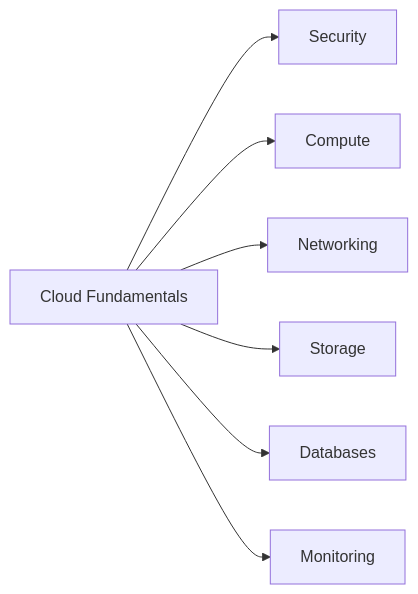
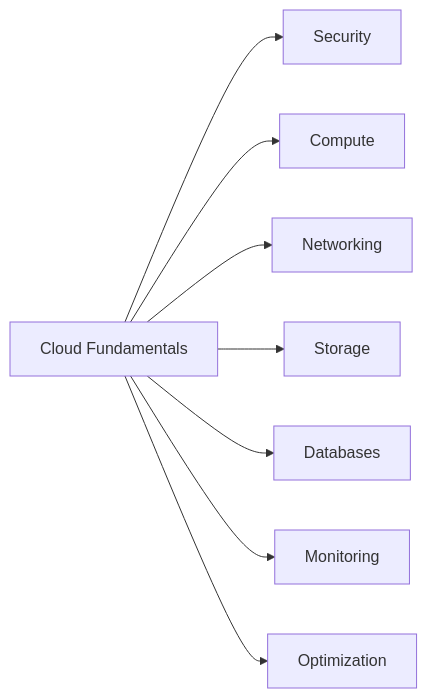
The diagram in aws_cloud_technical_essentials_book/index.qmd (senthilkumarm1901/learn_by_blogging), drawn with Mermaid before and after one commit. The commit also changed other lines of this file, not shown here.

````diff
--- a/aws_cloud_technical_essentials_book/index.qmd
+++ b/aws_cloud_technical_essentials_book/index.qmd
@@ -41,10 +39,11 @@
 ```{mermaid}
 flowchart LR
     A[Cloud Fundamentals]
     A --> B[Security]
     A --> C[Compute]
     A --> D[Networking]
     A --> E[Storage]
     A --> F[Databases]
     A --> G[Monitoring]
+    A --> H[Optimization]
 ```
````
